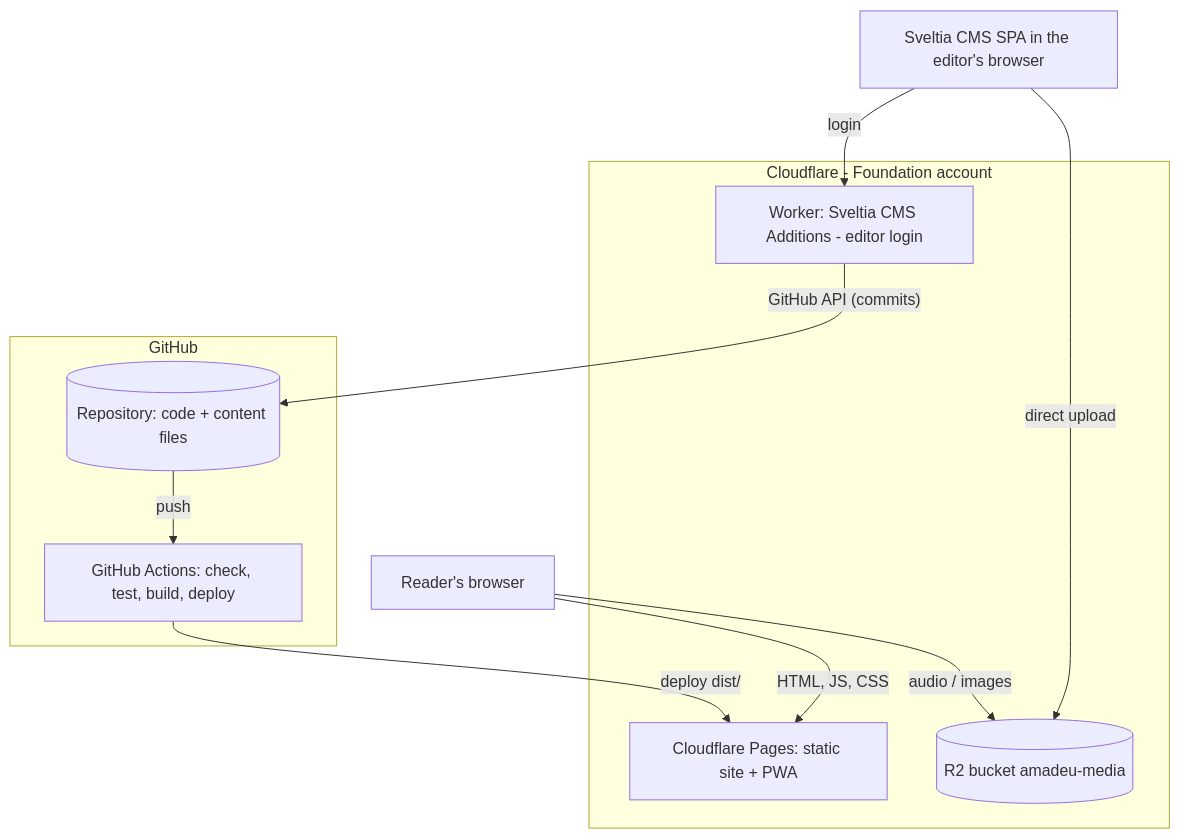
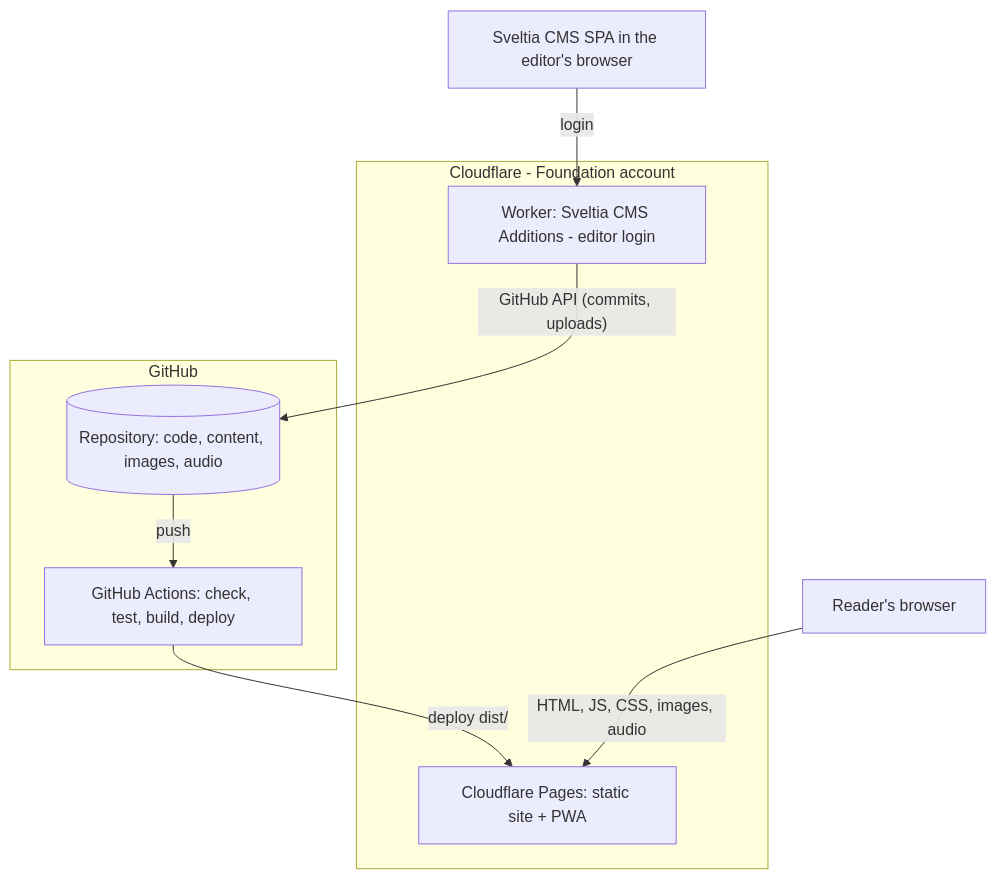
The second of 5 diagrams in docs/architecture.md (jordanmontt/AMADEU), drawn with Mermaid before and after one commit. The commit also changed other lines of this file and 18 other files, not shown here.

First line of the commit message:
docs: keep images and audio in the repository, no payment card

````diff
--- a/docs/architecture.md
+++ b/docs/architecture.md
@@ -49,22 +47,19 @@
 ```mermaid
 flowchart TB
   subgraph github[GitHub]
-    repo[(Repository: code + content files)]
+    repo[(Repository: code, content, images, audio)]
     actions[GitHub Actions: check, test, build, deploy]
   end
   subgraph cloudflare[Cloudflare - Foundation account]
     pages[Cloudflare Pages: static site + PWA]
     worker[Worker: Sveltia CMS Additions - editor login]
-    r2[(R2 bucket amadeu-media)]
   end
   browser[Reader's browser]
   cms[Sveltia CMS SPA in the editor's browser]
 
   repo -- push --> actions
   actions -- "deploy dist/" --> pages
-  browser -- HTML, JS, CSS --> pages
-  browser -- "audio / images" --> r2
+  browser -- "HTML, JS, CSS, images, audio" --> pages
   cms -- "login" --> worker
-  worker -- "GitHub API (commits)" --> repo
-  cms -- "direct upload" --> r2
+  worker -- "GitHub API (commits, uploads)" --> repo
 ```
````
